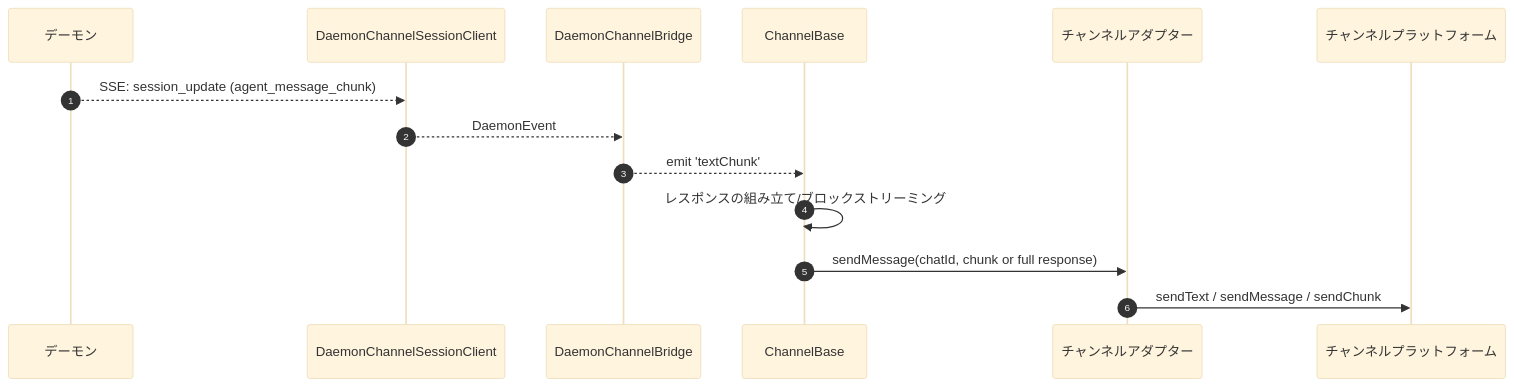
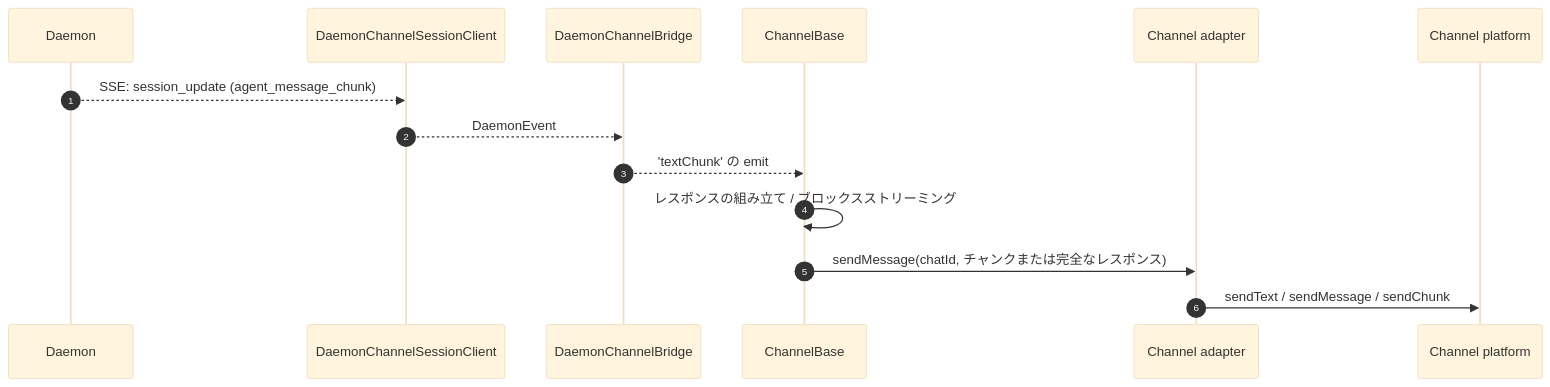
Before and after one commit to QwenLM/qwen-code-docs: the second of 3 diagrams in website/content/ja/developers/daemon/15-channel-adapters.md, drawn with Mermaid (base theme). The commit also changed other lines of this file and 128 other files, not shown here.

````diff
--- a/website/content/ja/developers/daemon/15-channel-adapters.md
+++ b/website/content/ja/developers/daemon/15-channel-adapters.md
@@ -115,17 +120,17 @@
 ```mermaid
 sequenceDiagram
     autonumber
-    participant D as デーモン
+    participant D as Daemon
     participant SC as DaemonChannelSessionClient
     participant BR as DaemonChannelBridge
     participant CB as ChannelBase
-    participant AD as チャンネルアダプター
-    participant CH as チャンネルプラットフォーム
+    participant AD as Channel adapter
+    participant CH as Channel platform
 
     D-->>SC: SSE: session_update (agent_message_chunk)
     SC-->>BR: DaemonEvent
-    BR-->>CB: emit 'textChunk'
-    CB->>CB: レスポンスの組み立て/ブロックストリーミング
-    CB->>AD: sendMessage(chatId, chunk or full response)
+    BR-->>CB: 'textChunk' の emit
+    CB->>CB: レスポンスの組み立て / ブロックスストリーミング
+    CB->>AD: sendMessage(chatId, チャンクまたは完全なレスポンス)
     AD->>CH: sendText / sendMessage / sendChunk
 ```
````
